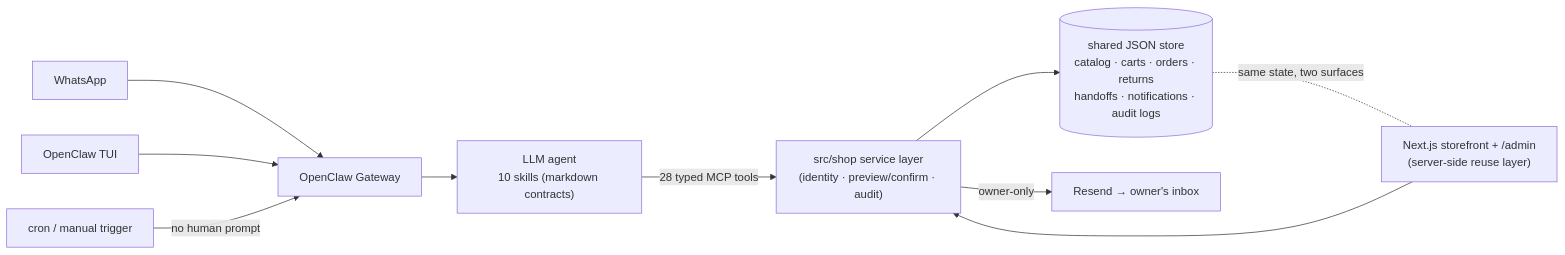
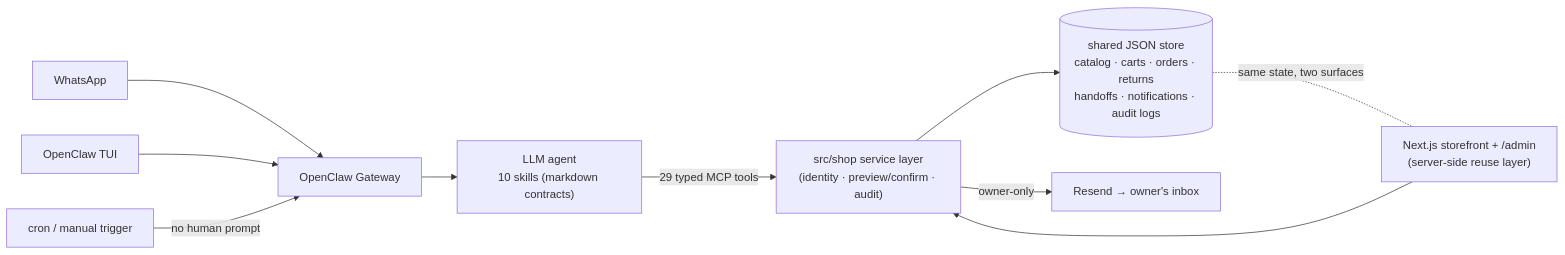
One commit to Lelevinson/deskclaw changed the second of 2 diagrams in README.md. Above: the diagram before and after it, drawn with Mermaid. The commit also changed other lines of this file, not shown here.

First line of the commit message:
docs: sync README counts (29 tools, 97 shop:eval assertions)

````diff
--- a/README.md
+++ b/README.md
@@ -115,14 +115,14 @@
 ```mermaid
 flowchart LR
     WA[WhatsApp] --> GW
     TUI[OpenClaw TUI] --> GW
     CRON[cron / manual trigger] -->|no human prompt| GW
 
     GW[OpenClaw Gateway] --> AG["LLM agent<br/>10 skills (markdown contracts)"]
-    AG -->|28 typed MCP tools| SVC["src/shop service layer<br/>(identity · preview/confirm · audit)"]
+    AG -->|29 typed MCP tools| SVC["src/shop service layer<br/>(identity · preview/confirm · audit)"]
     SVC --> DB[("shared JSON store<br/>catalog · carts · orders · returns<br/>handoffs · notifications · audit logs")]
     SVC -->|owner-only| MAIL[Resend → owner's inbox]
 
     WEB["Next.js storefront + /admin<br/>(server-side reuse layer)"] --> SVC
     DB -. same state, two surfaces .- WEB
 ```
````
